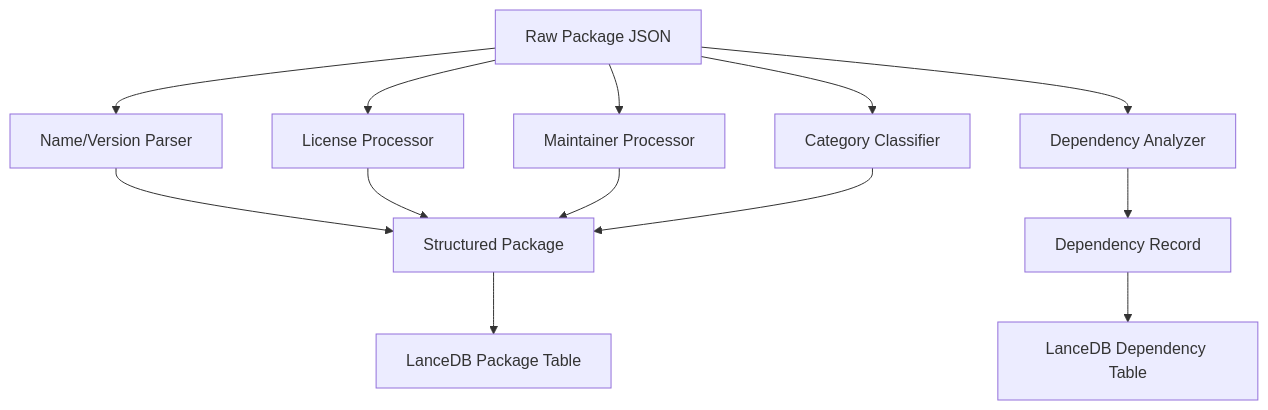
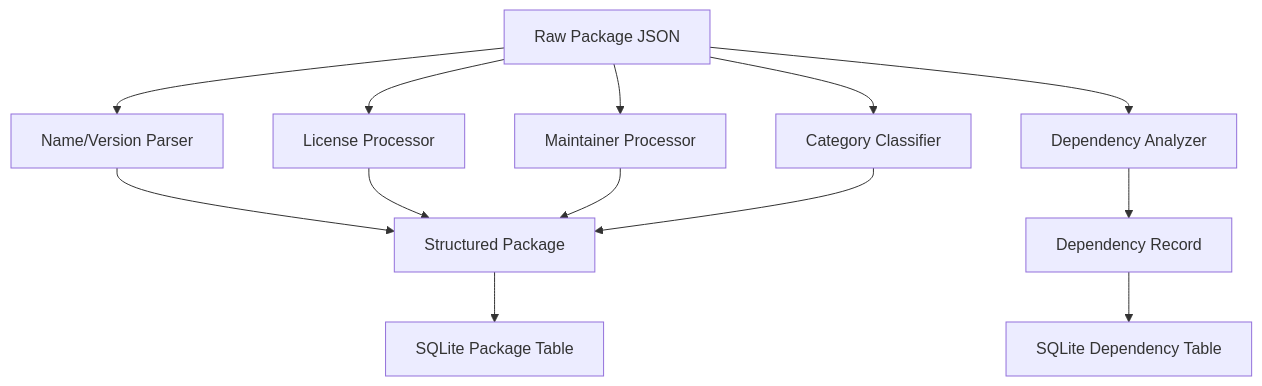
The second of 2 diagrams in packages/containers/nixpkgs-processor/README.md (james-ralph8555/fdnix), drawn with Mermaid before and after one commit. The commit also changed other lines of this file and 19 other files, not shown here.

````diff
--- a/packages/containers/nixpkgs-processor/README.md
+++ b/packages/containers/nixpkgs-processor/README.md
@@ -62,18 +62,18 @@
 ```mermaid
 flowchart TD
     A[Raw Package JSON] --> B[Name/Version Parser]
     A --> C[License Processor]
     A --> D[Maintainer Processor]
     A --> E[Category Classifier]
     A --> F[Dependency Analyzer]
     
     B --> G[Structured Package]
     C --> G
     D --> G
     E --> G
     
     F --> H[Dependency Record]
     
-    G --> I[LanceDB Package Table]
-    H --> J[LanceDB Dependency Table]
+    G --> I[SQLite Package Table]
+    H --> J[SQLite Dependency Table]
 ```
````
